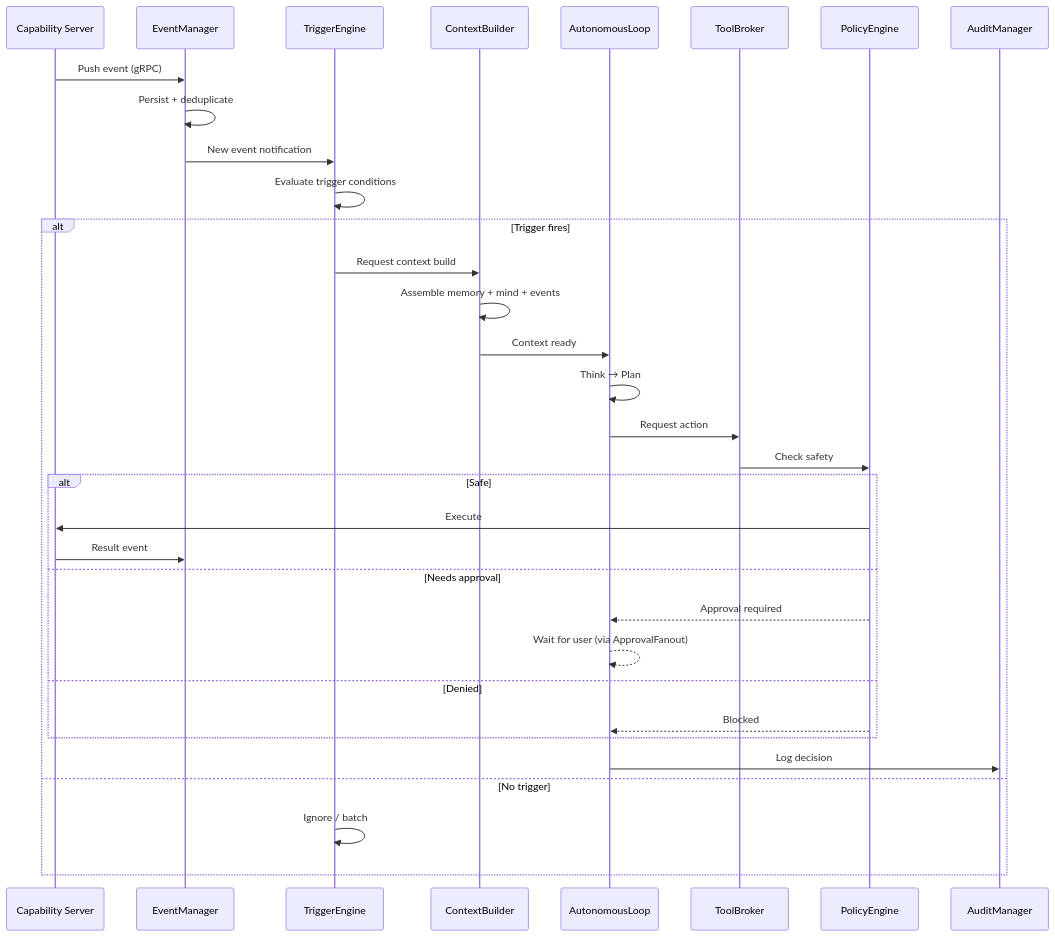
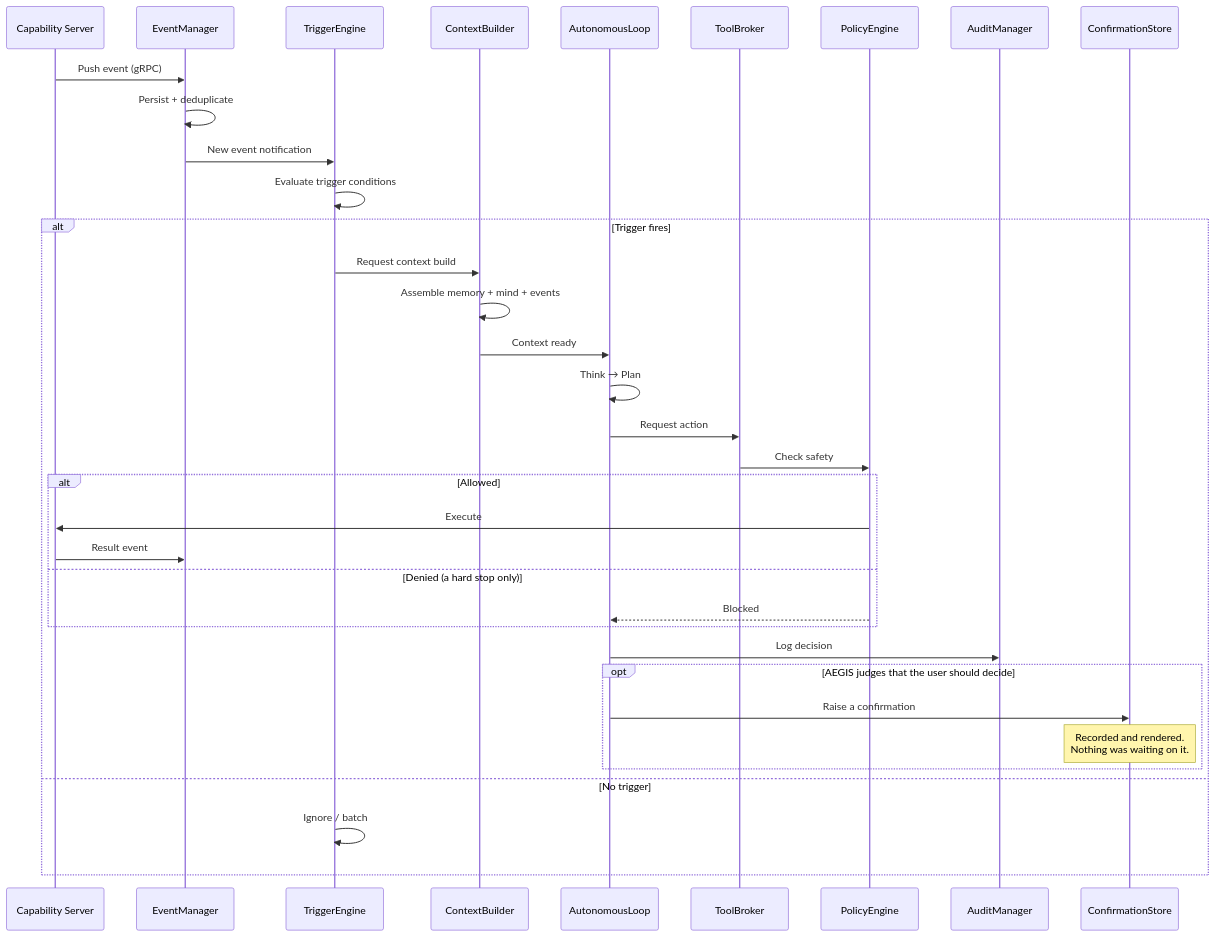
Before and after one commit to Kohaku912/AEGIS: the second of 3 diagrams in docs/architecture.md, drawn with Mermaid. The commit also changed other lines of this file and 724 other files, not shown here.

First line of the commit message:
recover: re-commit the working tree after the local object store was lost

````diff
--- a/docs/architecture.md
+++ b/docs/architecture.md
@@ -532,36 +552,38 @@
 ```mermaid
 sequenceDiagram
     participant Svr as Capability Server
     participant EM as EventManager
     participant TE as TriggerEngine
     participant CB as ContextBuilder
     participant AL as AutonomousLoop
     participant TB as ToolBroker
     participant PE as PolicyEngine
     participant AM as AuditManager
+    participant CS as ConfirmationStore
 
     Svr->>EM: Push event (gRPC)
     EM->>EM: Persist + deduplicate
     EM->>TE: New event notification
     TE->>TE: Evaluate trigger conditions
     alt Trigger fires
         TE->>CB: Request context build
         CB->>CB: Assemble memory + mind + events
         CB->>AL: Context ready
         AL->>AL: Think → Plan
         AL->>TB: Request action
         TB->>PE: Check safety
-        alt Safe
+        alt Allowed
             PE->>Svr: Execute
             Svr->>EM: Result event
-        else Needs approval
-            PE-->>AL: Approval required
-            AL-->>AL: Wait for user (via ApprovalFanout)
-        else Denied
+        else Denied (a hard stop only)
             PE-->>AL: Blocked
         end
         AL->>AM: Log decision
+        opt AEGIS judges that the user should decide
+            AL->>CS: Raise a confirmation
+            Note over CS: Recorded and rendered.<br/>Nothing was waiting on it.
+        end
     else No trigger
         TE->>TE: Ignore / batch
     end
 ```
````
